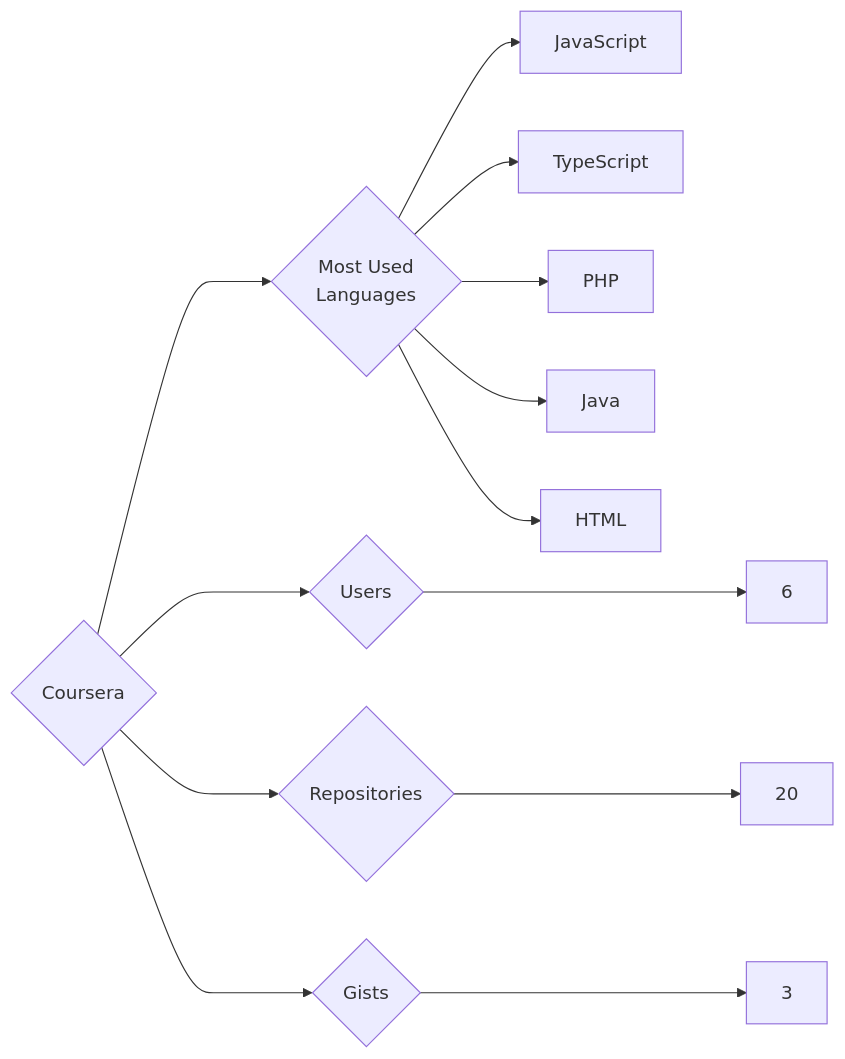
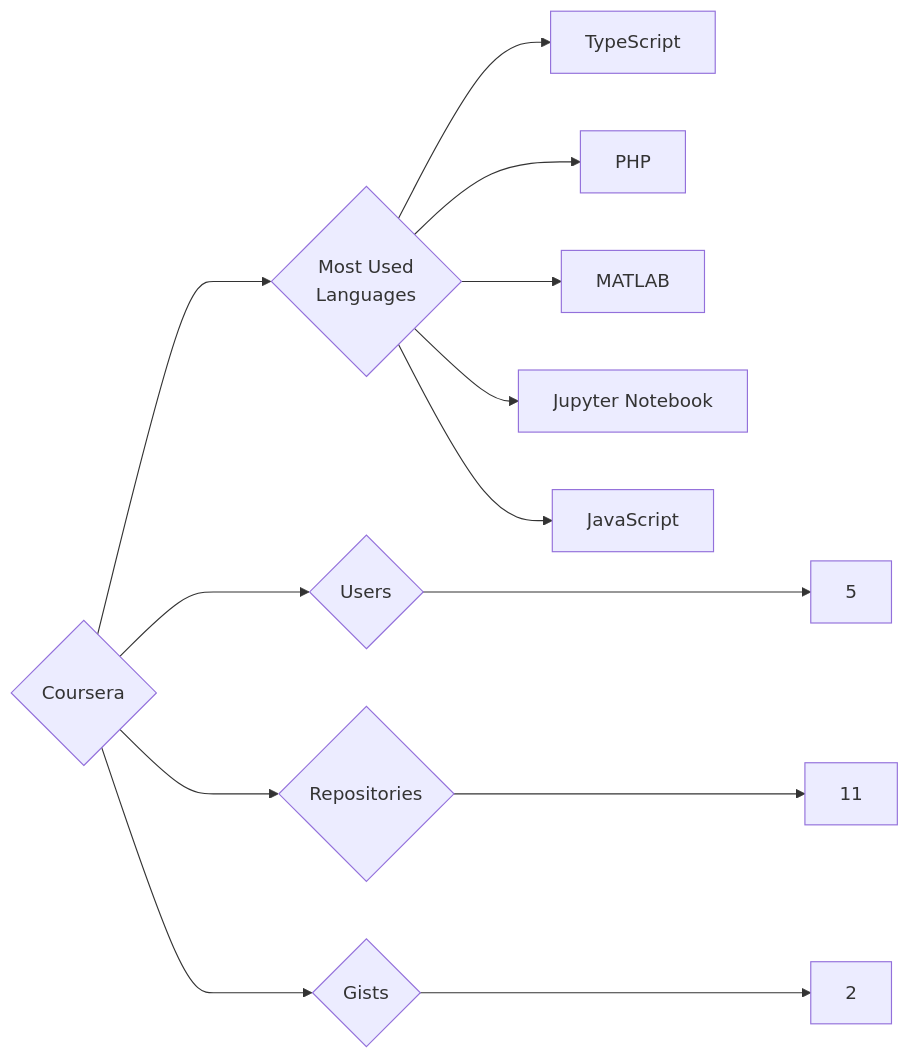
One commit to trickest/insiders changed the diagram in targets/Coursera/README.md. Above: the diagram before and after it, drawn with Mermaid. The commit also changed 1167 other files, not shown here.

````diff
--- a/targets/Coursera/README.md
+++ b/targets/Coursera/README.md
@@ -3,13 +3,13 @@
 ```mermaid
 graph LR
 COMPANY_NAME{Coursera}
-COMPANY_NAME ---> U{Users} ---> UN[6]
-COMPANY_NAME ---> R{Repositories} ---> RN[20]
-COMPANY_NAME ---> G{Gists} ---> GN[3]
+COMPANY_NAME ---> U{Users} ---> UN[5]
+COMPANY_NAME ---> R{Repositories} ---> RN[11]
+COMPANY_NAME ---> G{Gists} ---> GN[2]
 COMPANY_NAME ---> ML{Most Used<br>Languages}
-ML --> JavaScript[JavaScript]
 ML --> TypeScript[TypeScript]
 ML --> PHP[PHP]
-ML --> Java[Java]
-ML --> HTML[HTML]
+ML --> MATLAB[MATLAB]
+ML --> Jupyter_Notebook[Jupyter Notebook]
+ML --> JavaScript[JavaScript]
 ```
````
